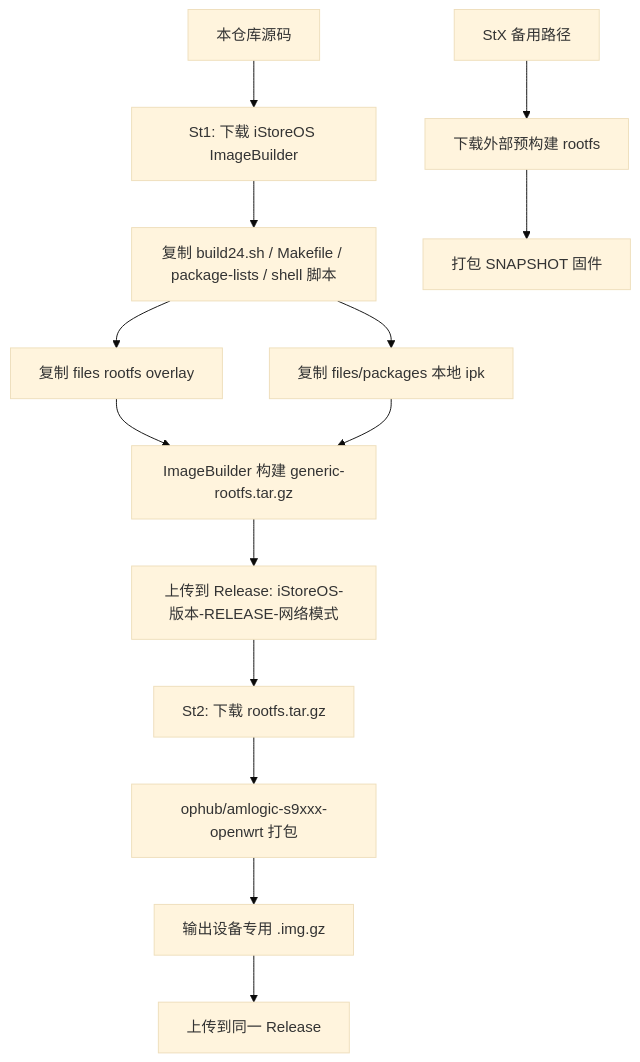
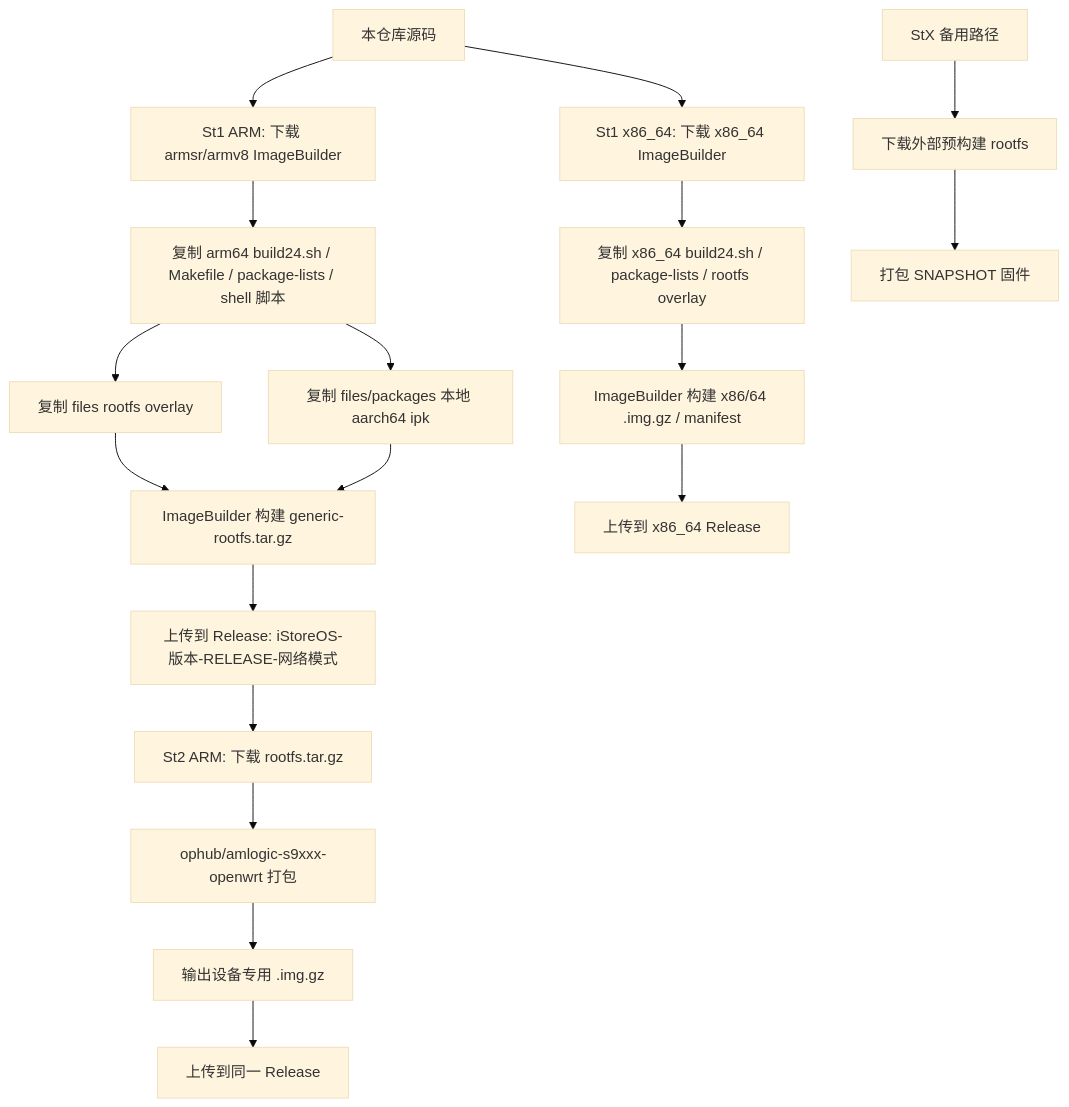
The diagram in README.md (xujw3/iStoreOS-Actions), drawn with Mermaid (base theme) before and after one commit. The commit also changed other lines of this file and 11 other files, not shown here.

````diff
--- a/README.md
+++ b/README.md
@@ -91,17 +93,22 @@
 ```mermaid
 flowchart TD
-  A[本仓库源码] --> B[St1: 下载 iStoreOS ImageBuilder]
-  B --> C[复制 build24.sh / Makefile / package-lists / shell 脚本]
+  A[本仓库源码] --> B[St1 ARM: 下载 armsr/armv8 ImageBuilder]
+  B --> C[复制 arm64 build24.sh / Makefile / package-lists / shell 脚本]
   C --> D[复制 files rootfs overlay]
-  C --> E[复制 files/packages 本地 ipk]
+  C --> E[复制 files/packages 本地 aarch64 ipk]
   D --> F[ImageBuilder 构建 generic-rootfs.tar.gz]
   E --> F
   F --> G[上传到 Release: iStoreOS-版本-RELEASE-网络模式]
-  G --> H[St2: 下载 rootfs.tar.gz]
+  G --> H[St2 ARM: 下载 rootfs.tar.gz]
   H --> I[ophub/amlogic-s9xxx-openwrt 打包]
   I --> J[输出设备专用 .img.gz]
   J --> K[上传到同一 Release]
 
+  A --> X[St1 x86_64: 下载 x86_64 ImageBuilder]
+  X --> Y[复制 x86_64 build24.sh / package-lists / rootfs overlay]
+  Y --> Z[ImageBuilder 构建 x86/64 .img.gz / manifest]
+  Z --> R[上传到 x86_64 Release]
+
   L[StX 备用路径] --> M[下载外部预构建 rootfs]
   M --> N[打包 SNAPSHOT 固件]
 ```
````
